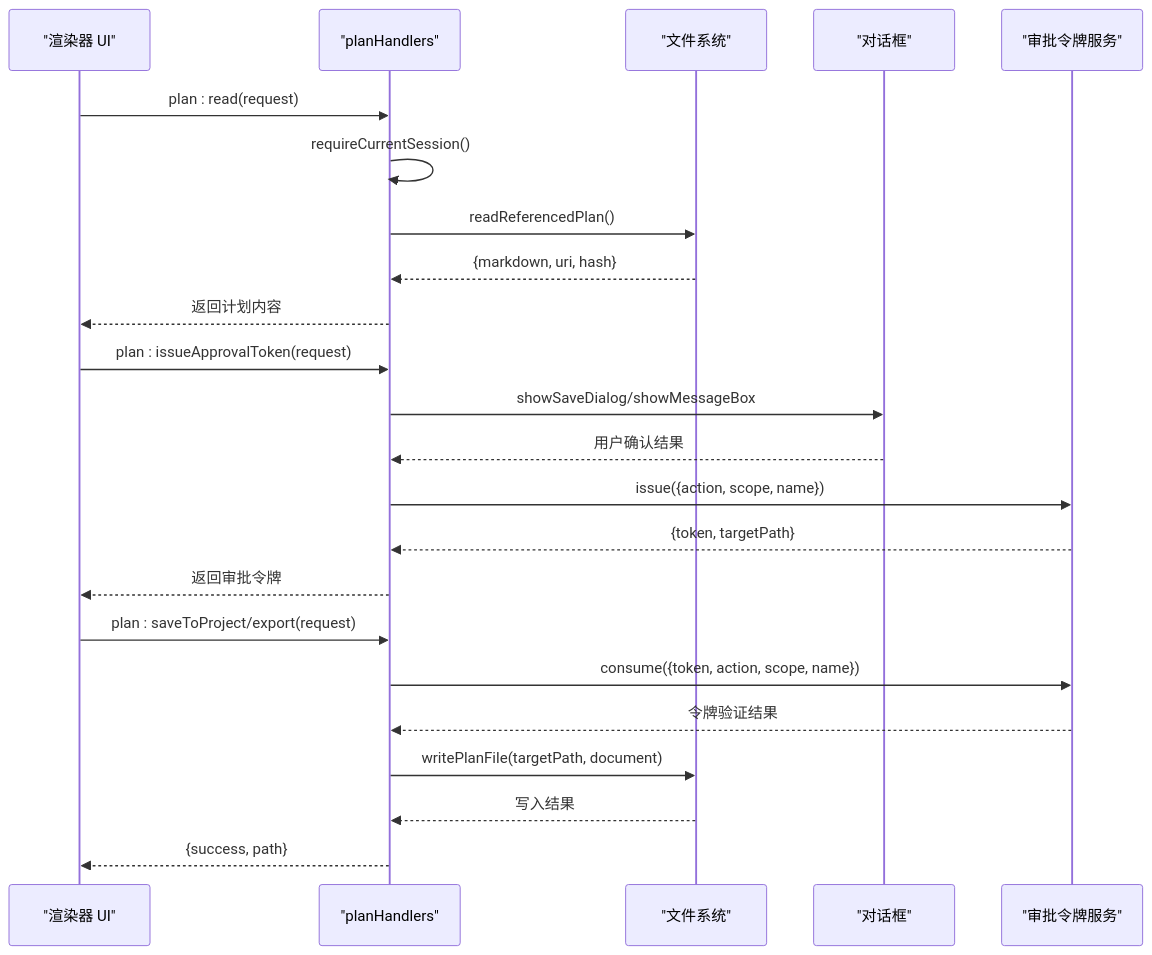
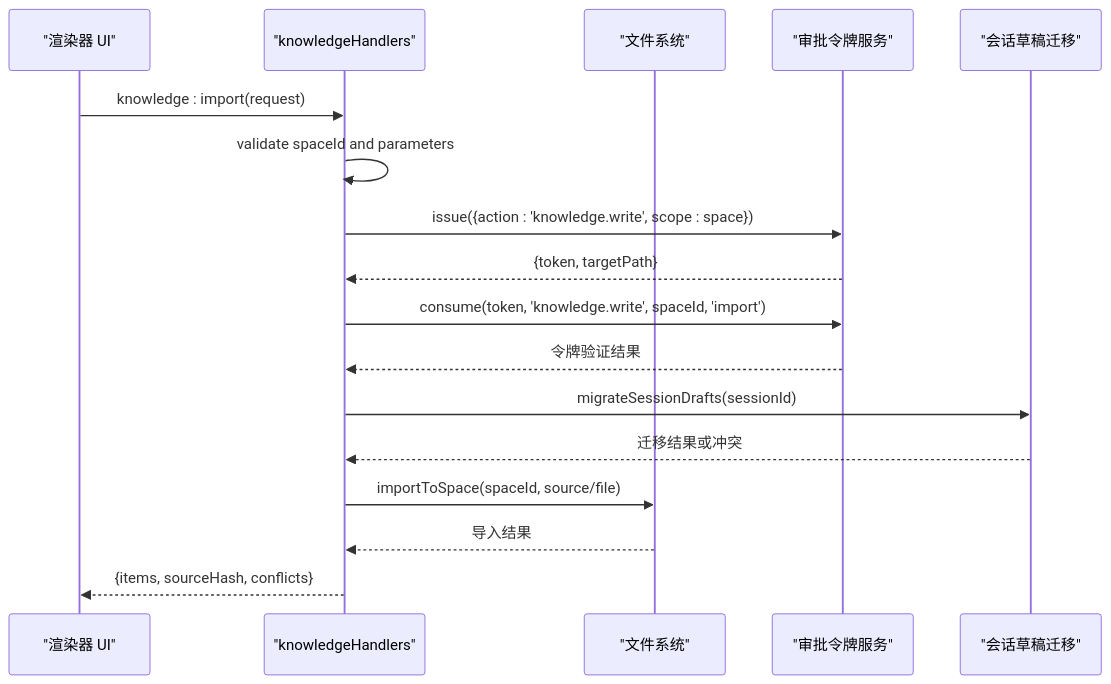
Before and after one commit to haolange/RDC-Agent: the eighth of 9 diagrams in .qoder/repowiki/zh/content/架构设计/渲染器架构/IPC 通信.md, drawn with Mermaid. The commit also changed other lines of this file and 6 other files, not shown here.

````diff
--- a/.qoder/repowiki/zh/content/架构设计/渲染器架构/IPC 通信.md
+++ b/.qoder/repowiki/zh/content/架构设计/渲染器架构/IPC 通信.md
@@ -386,25 +407,19 @@
 ```mermaid
 sequenceDiagram
 participant UI as "渲染器 UI"
-participant PH as "planHandlers"
+participant KH as "knowledgeHandlers"
 participant FS as "文件系统"
-participant DLG as "对话框"
 participant AUTH as "审批令牌服务"
-UI->>PH : plan : read(request)
-PH->>PH : requireCurrentSession()
-PH->>FS : readReferencedPlan()
-FS-->>PH : {markdown, uri, hash}
-PH-->>UI : 返回计划内容
-UI->>PH : plan : issueApprovalToken(request)
-PH->>DLG : showSaveDialog/showMessageBox
-DLG-->>PH : 用户确认结果
-PH->>AUTH : issue({action, scope, name})
-AUTH-->>PH : {token, targetPath}
-PH-->>UI : 返回审批令牌
-UI->>PH : plan : saveToProject/export(request)
-PH->>AUTH : consume({token, action, scope, name})
-AUTH-->>PH : 令牌验证结果
-PH->>FS : writePlanFile(targetPath, document)
-FS-->>PH : 写入结果
-PH-->>UI : {success, path}
+participant MIG as "会话草稿迁移"
+UI->>KH : knowledge : import(request)
+KH->>KH : validate spaceId and parameters
+KH->>AUTH : issue({action : 'knowledge.write', scope : space})
+AUTH-->>KH : {token, targetPath}
+KH->>AUTH : consume(token, 'knowledge.write', spaceId, 'import')
+AUTH-->>KH : 令牌验证结果
+KH->>MIG : migrateSessionDrafts(sessionId)
+MIG-->>KH : 迁移结果或冲突
+KH->>FS : importToSpace(spaceId, source/file)
+FS-->>KH : 导入结果
+KH-->>UI : {items, sourceHash, conflicts}
 ```
````
